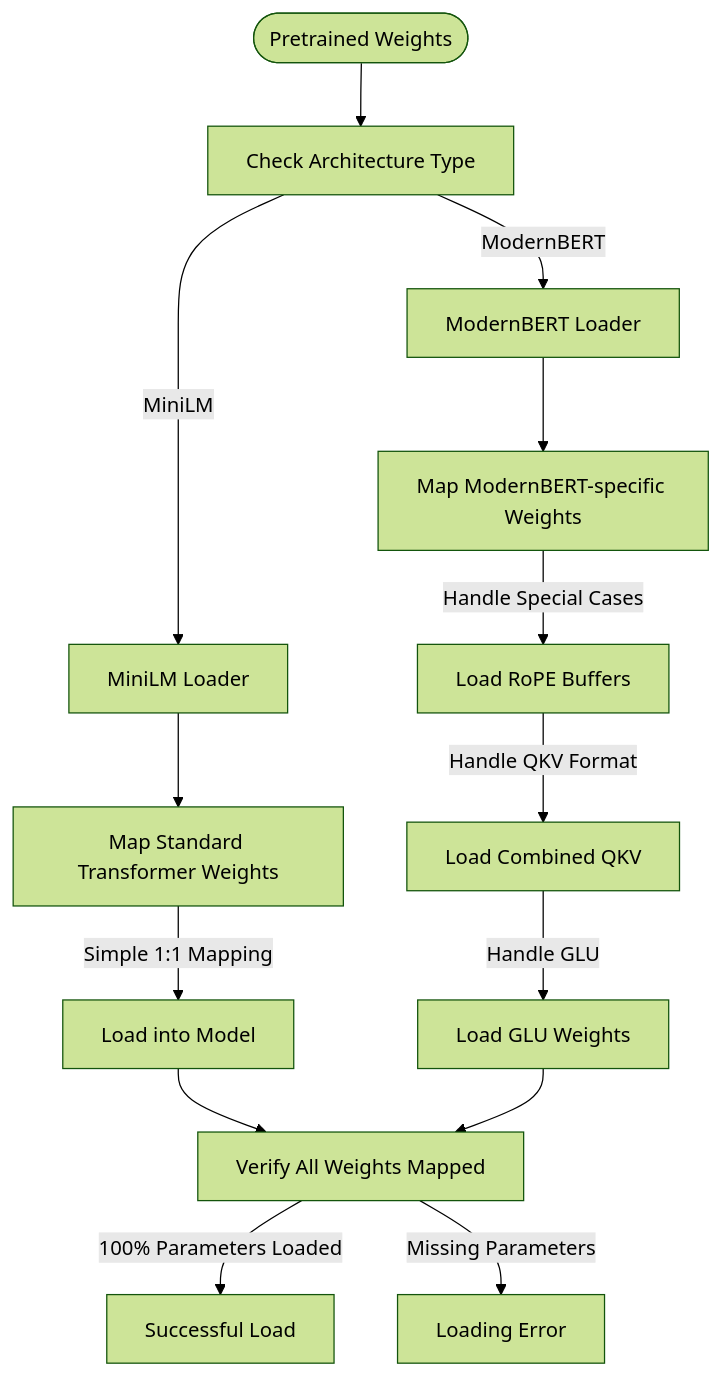
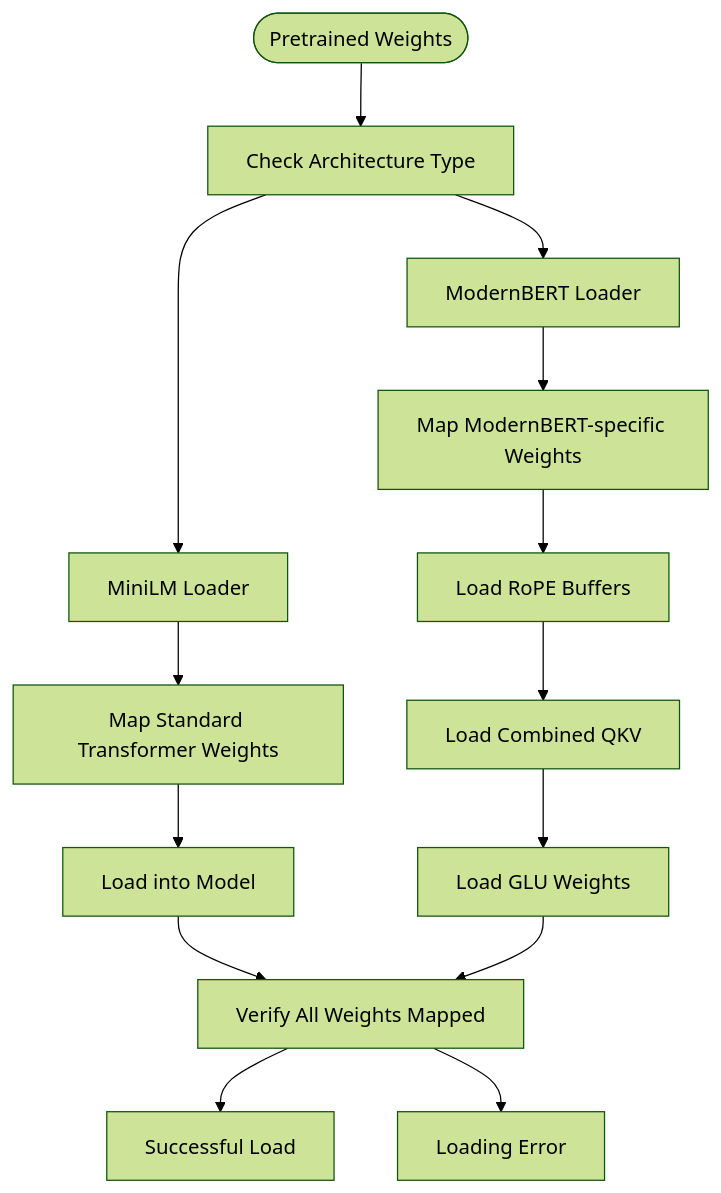
One commit to tmnestor/myLLM_scratch changed the third of 3 diagrams in README.md. Above: the diagram before and after it, drawn with Mermaid (forest theme). The commit also changed other lines of this file, not shown here.

Commit message:
🔧 Fix mermaid diagrams in README
- Fix subgraph syntax to ensure proper rendering
- Remove pipe characters in edge labels that caused rendering issues
- Simplify diagram structure for better compatibility

🤖 Generated with [Claude Code](https://claude.ai/code)

````diff
--- a/README.md
+++ b/README.md
@@ -290,20 +290,20 @@
 ```mermaid
 graph TD
     PretrainedWeights([Pretrained Weights]) --> CheckArch[Check Architecture Type]
-    CheckArch --> |MiniLM| MiniLMLoader[MiniLM Loader]
-    CheckArch --> |ModernBERT| ModernBERTLoader[ModernBERT Loader]
+    CheckArch --> MiniLMPath[MiniLM Loader]
+    CheckArch --> ModernBERTPath[ModernBERT Loader]
     
-    MiniLMLoader --> MapMiniLMWeights[Map Standard Transformer Weights]
-    ModernBERTLoader --> MapModernBERTWeights[Map ModernBERT-specific Weights]
+    MiniLMPath --> MapMiniLMWeights[Map Standard Transformer Weights]
+    ModernBERTPath --> MapModernBERTWeights[Map ModernBERT-specific Weights]
     
-    MapMiniLMWeights --> |Simple 1:1 Mapping| LoadMiniLMWeights[Load into Model]
-    MapModernBERTWeights --> |Handle Special Cases| LoadRoPEBuffers[Load RoPE Buffers]
-    LoadRoPEBuffers --> |Handle QKV Format| LoadQKVWeights[Load Combined QKV]
-    LoadQKVWeights --> |Handle GLU| LoadGLUWeights[Load GLU Weights]
+    MapMiniLMWeights --> LoadMiniLMWeights[Load into Model]
+    MapModernBERTWeights --> LoadRoPEBuffers[Load RoPE Buffers]
+    LoadRoPEBuffers --> LoadQKVWeights[Load Combined QKV]
+    LoadQKVWeights --> LoadGLUWeights[Load GLU Weights]
     
     LoadMiniLMWeights --> VerifyMapping[Verify All Weights Mapped]
     LoadGLUWeights --> VerifyMapping
     
-    VerifyMapping --> |100% Parameters Loaded| Success[Successful Load]
-    VerifyMapping --> |Missing Parameters| Error[Loading Error]
+    VerifyMapping --> Success[Successful Load]
+    VerifyMapping --> Error[Loading Error]
 ```
````
